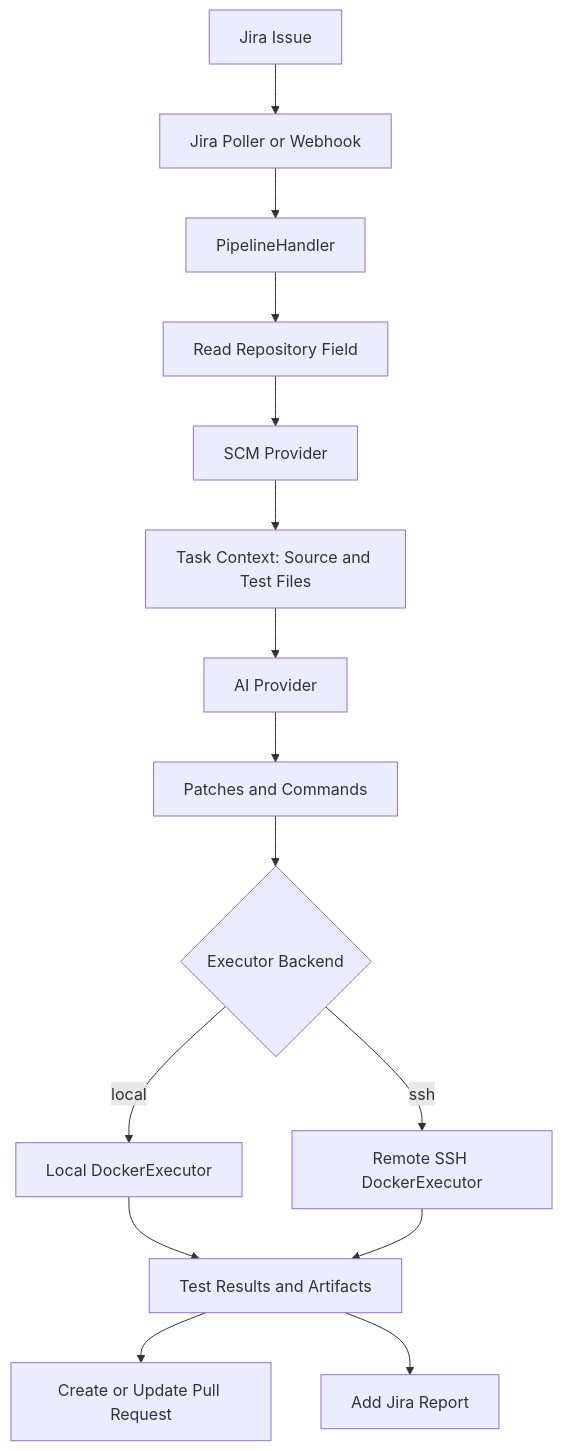
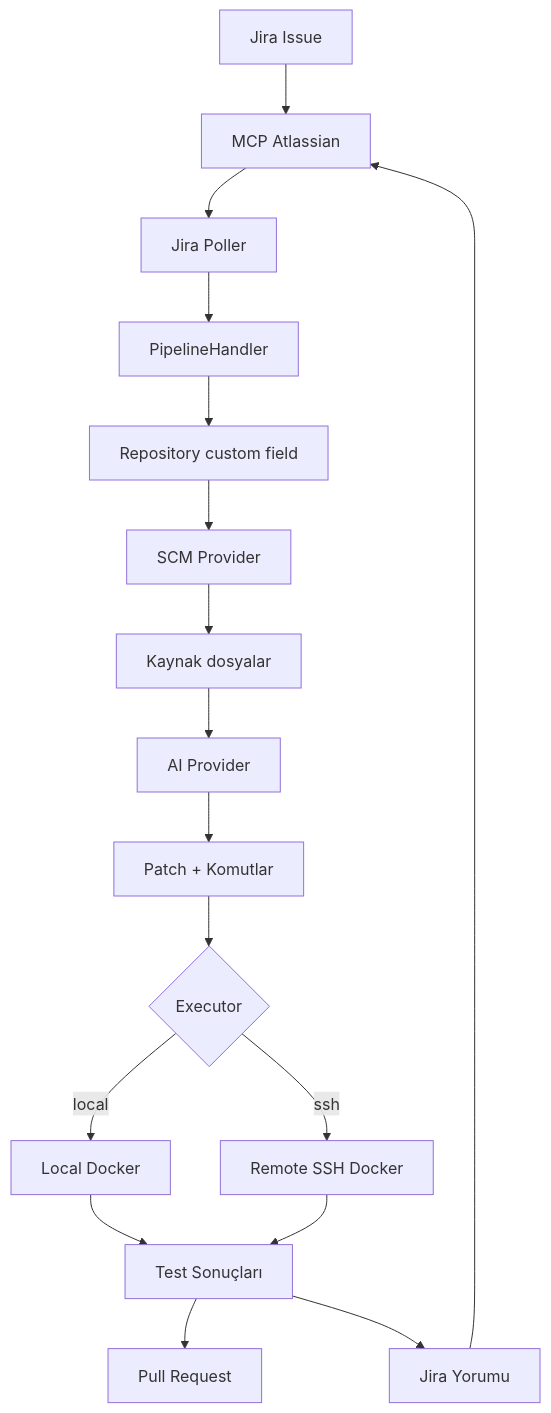
Before and after one commit to ahmetguness/mcp-jira-automation: the diagram in README.md, drawn with Mermaid. The commit also changed other lines of this file and 33 other files, not shown here.

````diff
--- a/README.md
+++ b/README.md
@@ -9,17 +12,19 @@
 ```mermaid
 graph TD
-    A[Jira Issue] --> B[Jira Poller or Webhook]
-    B --> C[PipelineHandler]
-    C --> D[Read Repository Field]
-    D --> E[SCM Provider]
-    E --> F[Task Context: Source and Test Files]
-    F --> G[AI Provider]
-    G --> H[Patches and Commands]
-    H --> I{Executor Backend}
-    I -->|local| J[Local DockerExecutor]
-    I -->|ssh| K[Remote SSH DockerExecutor]
-    J --> L[Test Results and Artifacts]
-    K --> L
-    L --> M[Create or Update Pull Request]
-    L --> N[Add Jira Report]
+    A[Jira Issue] --> B[MCP Atlassian]
+    B --> C[Jira Poller]
+    C --> D[PipelineHandler]
+    D --> E[Repository custom field]
+    E --> F[SCM Provider]
+    F --> G[Kaynak dosyalar]
+    G --> H[AI Provider]
+    H --> I[Patch + Komutlar]
+    I --> J{Executor}
+    J -->|local| K[Local Docker]
+    J -->|ssh| L[Remote SSH Docker]
+    K --> M[Test Sonuçları]
+    L --> M
+    M --> N[Pull Request]
+    M --> O[Jira Yorumu]
+    O --> B
 ```
````
